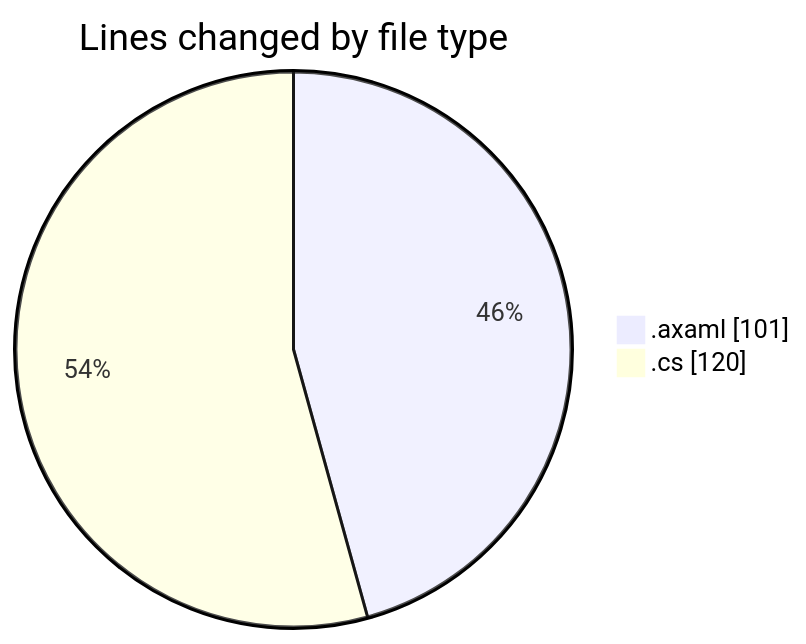
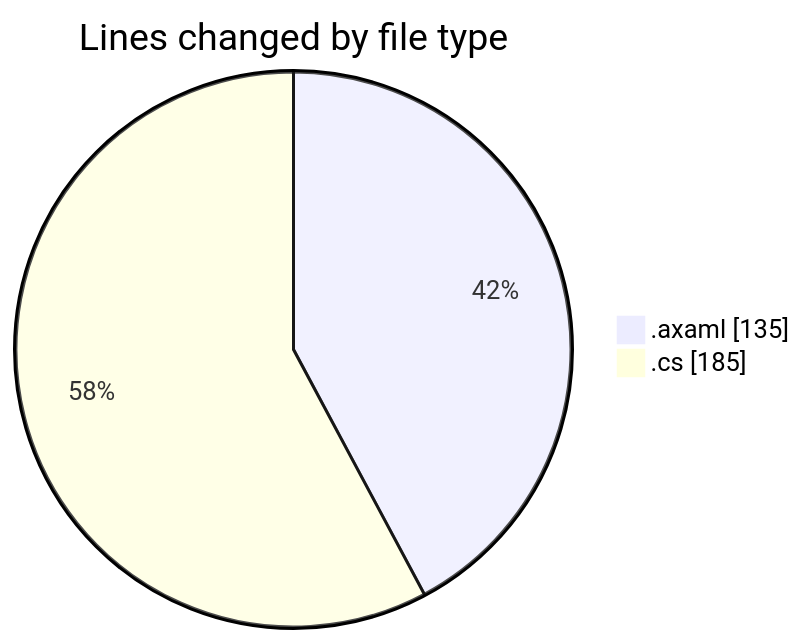
One commit to Netris89/code-tracking changed the first of 2 diagrams in 2025-10-30/skintrack/README.md. Above: the diagram before and after it, drawn with Mermaid. The commit also changed other lines of this file and 1 other file, not shown here.

````diff
--- a/2025-10-30/skintrack/README.md
+++ b/2025-10-30/skintrack/README.md
@@ -23,6 +24,6 @@
 ```mermaid
 pie showData
 title Lines changed by file type
-".axaml" : 101
-".cs" : 120
+".axaml" : 135
+".cs" : 185
 ```
````
